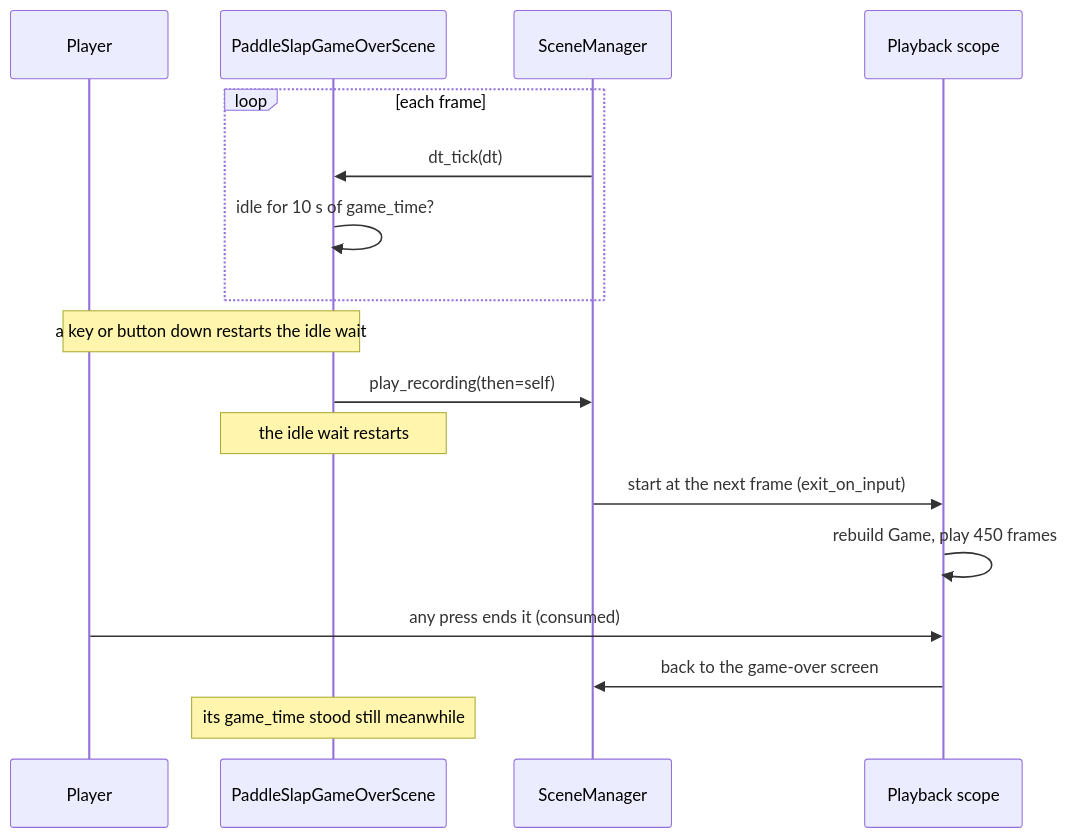
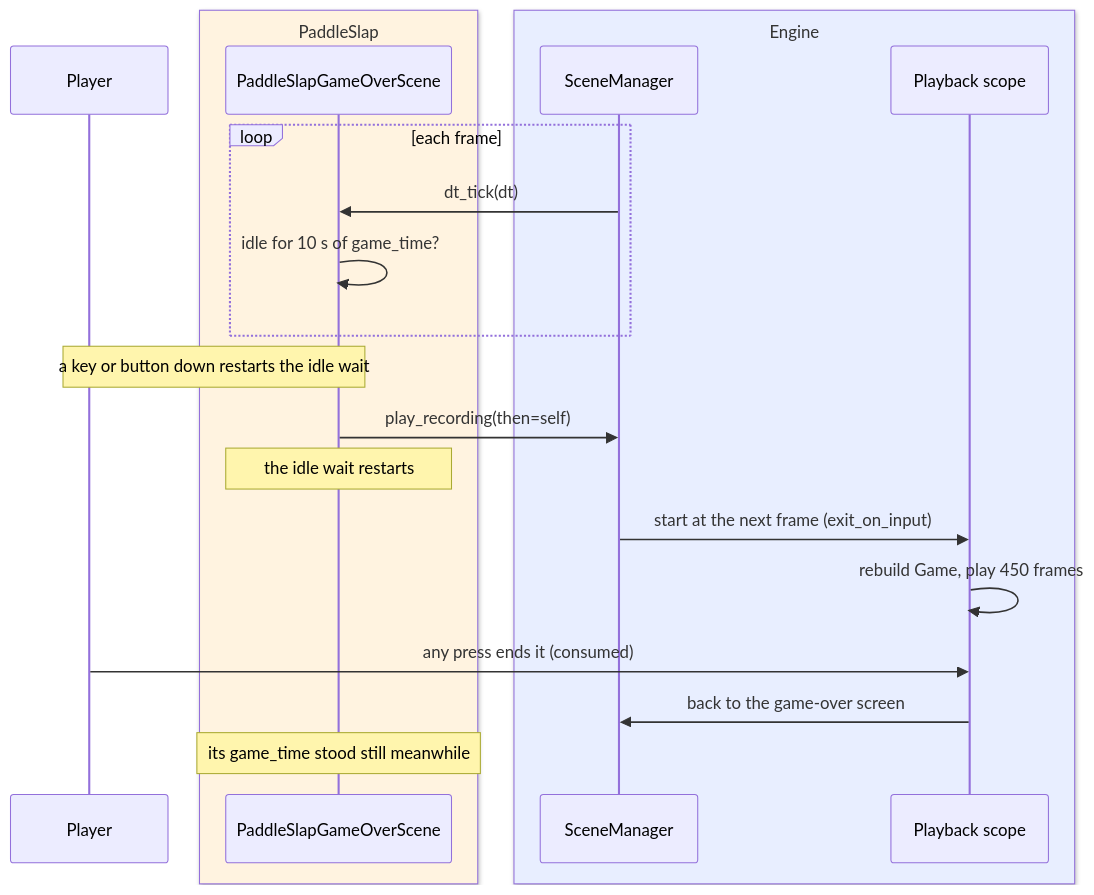
The second of 7 diagrams in docs/games/paddleslap.md (terrysimons/glitchygames), drawn with Mermaid before and after one commit. The commit also changed other lines of this file, not shown here.

First line of the commit message:
Docs: PaddleSlap's other diagrams split into Engine and PaddleSlap

````diff
--- a/docs/games/paddleslap.md
+++ b/docs/games/paddleslap.md
@@ -110,20 +120,24 @@
 ```mermaid
 sequenceDiagram
     participant Player
-    participant GO as PaddleSlapGameOverScene
-    participant SM as SceneManager
-    participant PB as Playback scope
+    box rgb(255,243,224) PaddleSlap
+        participant GO as PaddleSlapGameOverScene
+    end
+    box rgb(232,238,255) Engine
+        participant SM as SceneManager
+        participant PB as Playback scope
+    end
 
     loop each frame
         SM->>GO: dt_tick(dt)
         GO->>GO: idle for 10 s of game_time?
     end
     Note over Player,GO: a key or button down restarts the idle wait
     GO->>SM: play_recording(then=self)
     Note over GO: the idle wait restarts
     SM->>PB: start at the next frame (exit_on_input)
     PB->>PB: rebuild Game, play 450 frames
     Player->>PB: any press ends it (consumed)
     PB->>SM: back to the game-over screen
     Note over GO: its game_time stood still meanwhile
 ```
````
